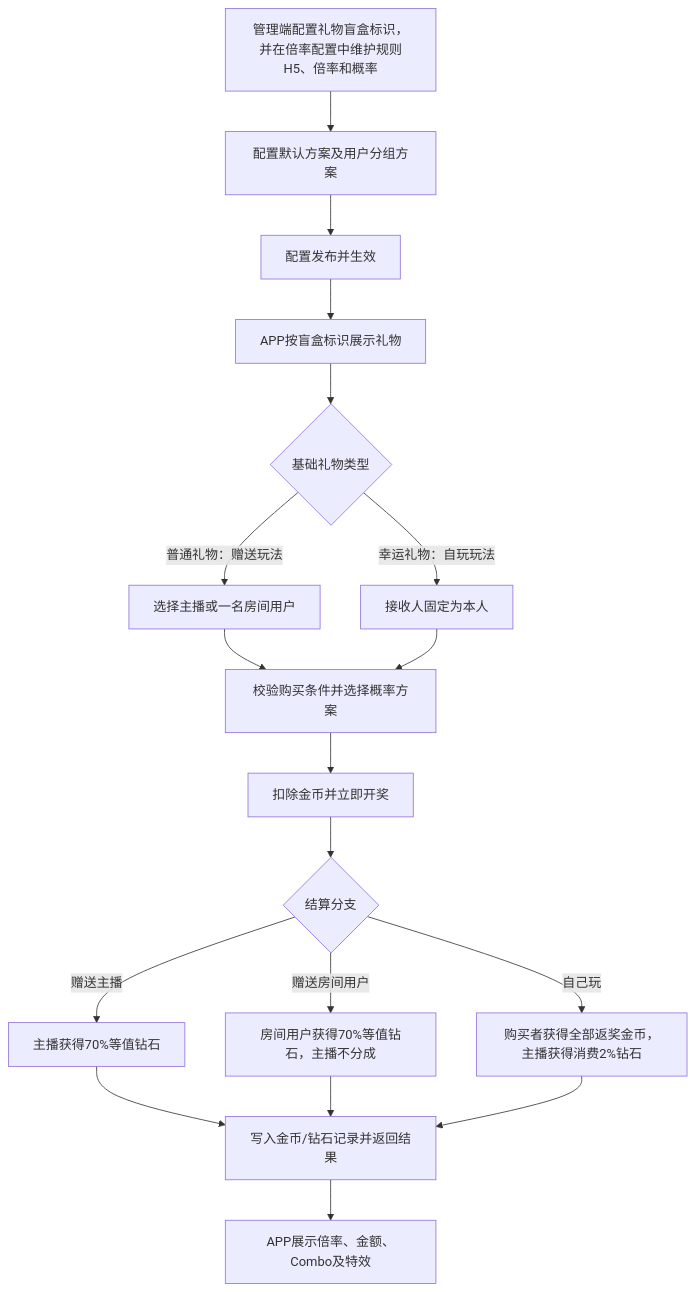
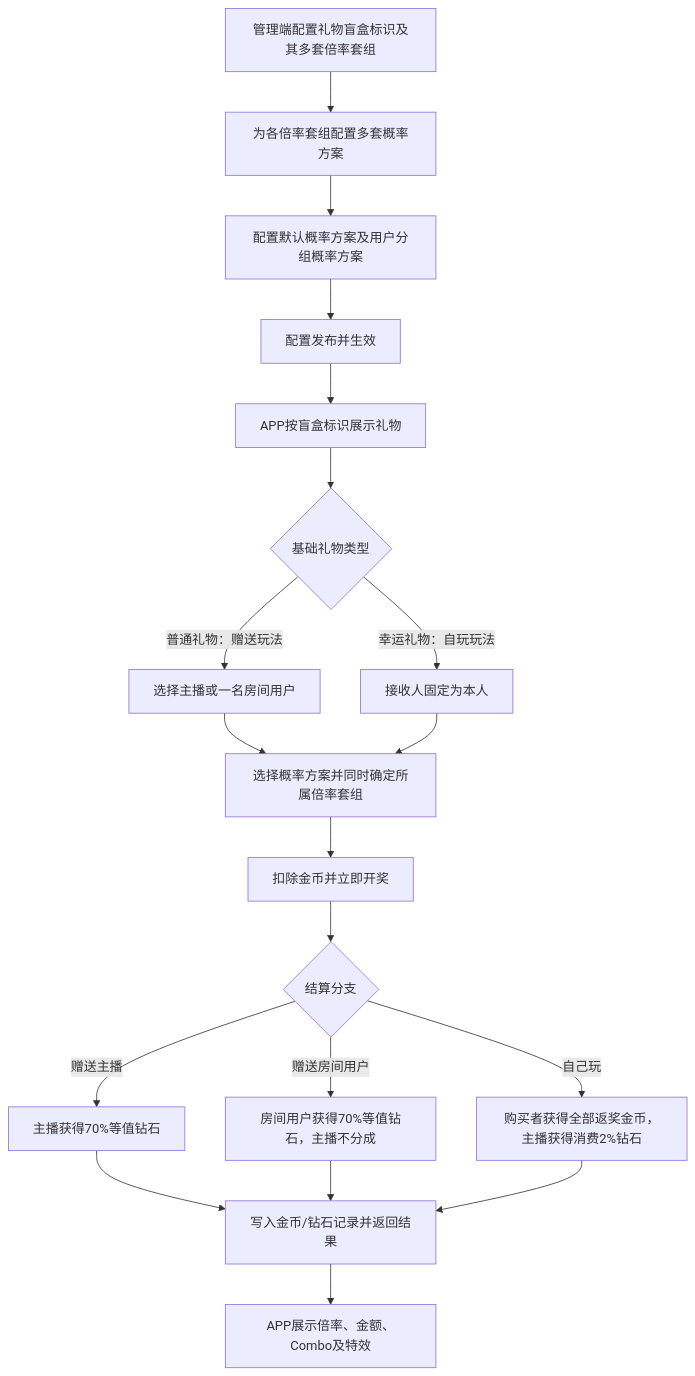
The third of 5 diagrams in 8月/盲盒礼物产品开发需求文档.md (lxw13000/sano-pm), drawn with Mermaid before and after one commit. The commit also changed other lines of this file, not shown here.

````diff
--- a/8月/盲盒礼物产品开发需求文档.md
+++ b/8月/盲盒礼物产品开发需求文档.md
@@ -106,20 +125,21 @@
 ```mermaid
 flowchart TD
-    A["管理端配置礼物盲盒标识，并在倍率配置中维护规则H5、倍率和概率"] --> B["配置默认方案及用户分组方案"]
-    B --> C["配置发布并生效"]
+    A["管理端配置礼物盲盒标识及其多套倍率套组"] --> B["为各倍率套组配置多套概率方案"]
+    B --> B2["配置默认概率方案及用户分组概率方案"]
+    B2 --> C["配置发布并生效"]
     C --> D["APP按盲盒标识展示礼物"]
     D --> E{"基础礼物类型"}
     E -- "普通礼物：赠送玩法" --> F["选择主播或一名房间用户"]
     E -- "幸运礼物：自玩玩法" --> G["接收人固定为本人"]
-    F --> H["校验购买条件并选择概率方案"]
+    F --> H["选择概率方案并同时确定所属倍率套组"]
     G --> H
     H --> I["扣除金币并立即开奖"]
     I --> J{"结算分支"}
     J -- "赠送主播" --> K["主播获得70%等值钻石"]
     J -- "赠送房间用户" --> L["房间用户获得70%等值钻石，主播不分成"]
     J -- "自己玩" --> M["购买者获得全部返奖金币，主播获得消费2%钻石"]
     K --> N["写入金币/钻石记录并返回结果"]
     L --> N
     M --> N
     N --> O["APP展示倍率、金额、Combo及特效"]
 ```
````
